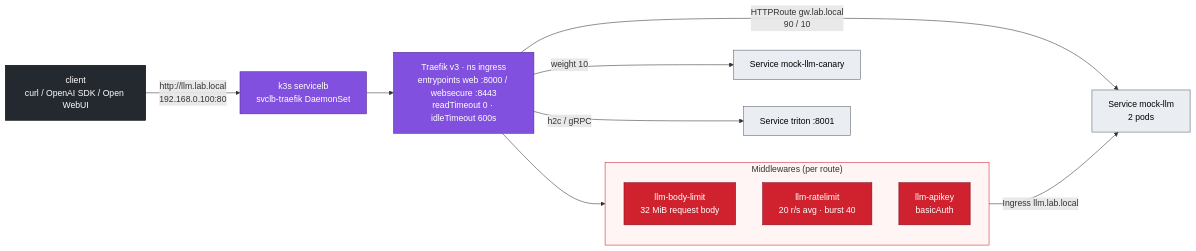
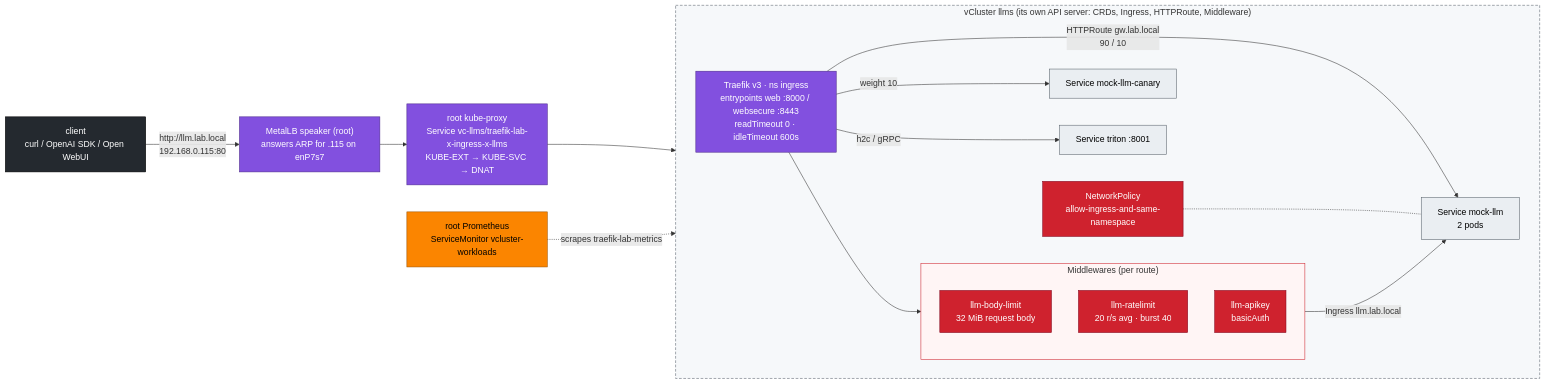
One commit to cloudone365/technical-depth changed the first of 2 diagrams in 02 Kubernetes/09-ingress-controllers-and-gateway-api.md. Above: the diagram before and after it, drawn with Mermaid. The commit also changed other lines of this file and 53 other files, not shown here.

````diff
--- a/02 Kubernetes/09-ingress-controllers-and-gateway-api.md
+++ b/02 Kubernetes/09-ingress-controllers-and-gateway-api.md
@@ -32,25 +33,39 @@
 ```mermaid
 flowchart LR
-  CL["client<br/>curl / OpenAI SDK / Open WebUI"] -->|"http://llm.lab.local<br/>192.168.0.100:80"| LB["k3s servicelb<br/>svclb-traefik DaemonSet"]
-  LB --> TR["Traefik v3 · ns ingress<br/>entrypoints web :8000 / websecure :8443<br/>readTimeout 0 · idleTimeout 600s"]
-  subgraph MW["Middlewares (per route)"]
-    direction TB
-    M1["llm-body-limit<br/>32 MiB request body"]
-    M2["llm-ratelimit<br/>20 r/s avg · burst 40"]
-    M3["llm-apikey<br/>basicAuth"]
+  CL["client<br/>curl / OpenAI SDK / Open WebUI"] -->|"http://llm.lab.local<br/>192.168.0.115:80"| ARP["MetalLB speaker (root)<br/>answers ARP for .115 on enP7s7"]
+  ARP --> KP["root kube-proxy<br/>Service vc-llms/traefik-lab-x-ingress-x-llms<br/>KUBE-EXT → KUBE-SVC → DNAT"]
+  subgraph LLMS["vCluster llms (its own API server: CRDs, Ingress, HTTPRoute, Middleware)"]
+    direction LR
+    TR["Traefik v3 · ns ingress<br/>entrypoints web :8000 / websecure :8443<br/>readTimeout 0 · idleTimeout 600s"]
+    subgraph MW["Middlewares (per route)"]
+      direction TB
+      M1["llm-body-limit<br/>32 MiB request body"]
+      M2["llm-ratelimit<br/>20 r/s avg · burst 40"]
+      M3["llm-apikey<br/>basicAuth"]
+    end
+    S1["Service mock-llm<br/>2 pods"]
+    S2["Service mock-llm-canary"]
+    S3["Service triton :8001"]
+    NP["NetworkPolicy<br/>allow-ingress-and-same-namespace"]
   end
+  KP --> TR
   TR --> MW
-  MW -->|"Ingress llm.lab.local"| S1["Service mock-llm<br/>2 pods"]
+  MW -->|"Ingress llm.lab.local"| S1
   TR -->|"HTTPRoute gw.lab.local<br/>90 / 10"| S1
-  TR -->|"weight 10"| S2["Service mock-llm-canary"]
-  TR -->|"h2c / gRPC"| S3["Service triton :8001"]
+  TR -->|"weight 10"| S2
+  TR -->|"h2c / gRPC"| S3
+  NP -.- S1
+  PROM["root Prometheus<br/>ServiceMonitor vcluster-workloads"] -. "scrapes traefik-lab-metrics" .-> TR
   classDef net fill:#8250df,stroke:#4c2889,color:#fff
   classDef sec fill:#cf222e,stroke:#82071e,color:#fff
   classDef ext fill:#24292f,stroke:#000,color:#fff
+  classDef obs fill:#fb8500,stroke:#9a5200,color:#000
   classDef tenant fill:#eaeef2,stroke:#57606a,color:#000
-  class LB,TR net
-  class M1,M2,M3 sec
+  class ARP,KP,TR net
+  class M1,M2,M3,NP sec
   class CL ext
+  class PROM obs
   class S1,S2,S3 tenant
   style MW fill:#fff5f5,stroke:#cf222e
+  style LLMS fill:#f6f8fa,stroke:#57606a,stroke-dasharray:5 3
 ```
````
